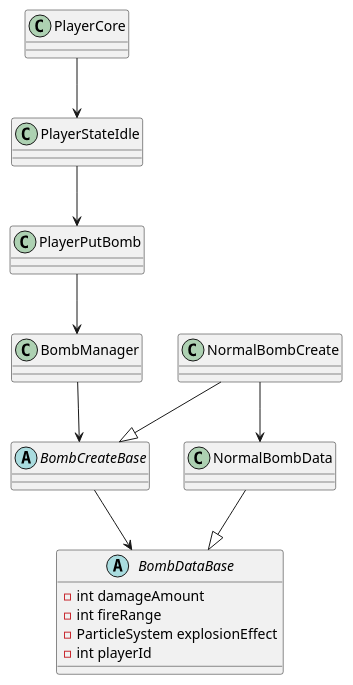
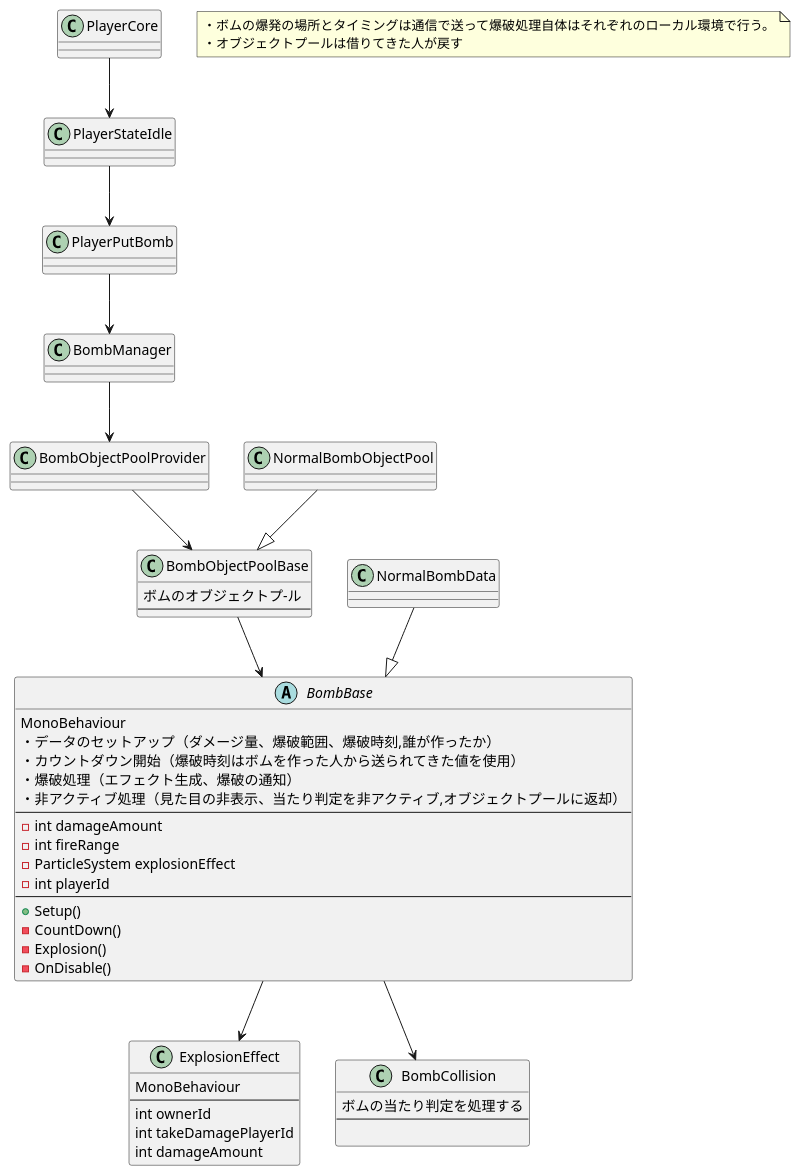
One commit to taku686/ThreeKingdomsBomaerMan2 changed the diagram in Assets/Scripts/Bomb/Bomb.puml. Above: the diagram before and after it, drawn with PlantUML. The commit also changed 7671 other files, not shown here.

```diff
--- a/Assets/Scripts/Bomb/Bomb.puml
+++ b/Assets/Scripts/Bomb/Bomb.puml
@@ -1,46 +1,87 @@
 @startuml
 PlayerCore --> PlayerStateIdle
 PlayerStateIdle --> PlayerPutBomb
-NormalBombData --|> BombDataBase
-NormalBombCreate --|> BombCreateBase
-BombCreateBase --> BombDataBase
-NormalBombCreate --> NormalBombData
-BombManager --> BombCreateBase
+NormalBombData --|> BombBase
+BombObjectPoolBase --> BombBase
+BombManager --> BombObjectPoolProvider
 PlayerPutBomb --> BombManager
+BombBase --> ExplosionEffect
+BombBase --> BombCollision
+NormalBombObjectPool --|> BombObjectPoolBase
+BombObjectPoolProvider --> BombObjectPoolBase
 class PlayerCore
 {
 
 }
 
 class PlayerStateIdle
 {
 }
 
-abstract class BombDataBase
+abstract class BombBase
 {
+MonoBehaviour
+・データのセットアップ（ダメージ量、爆破範囲、爆破時刻,誰が作ったか）
+・カウントダウン開始（爆破時刻はボムを作った人から送られてきた値を使用）
+・爆破処理（エフェクト生成、爆破の通知）
+・非アクティブ処理（見た目の非表示、当たり判定を非アクティブ,オブジェクトプールに返却）
+--
 - int damageAmount
 - int fireRange
 - ParticleSystem explosionEffect
 - int playerId
+--
++ Setup()
+- CountDown()
+- Explosion()
+- OnDisable()
 }
 
-abstract class BombCreateBase
-{
-}
-
-class NormalBombCreate
-{
-}
 
 class BombManager
 {
 }
 
 class PlayerPutBomb
 {
 }
 
 class NormalBombData
 {
 }
+
+class ExplosionEffect
+{
+MonoBehaviour
+--
+int ownerId
+int takeDamagePlayerId
+int damageAmount
+}
+
+class BombCollision
+{
+ボムの当たり判定を処理する
+--
+
+}
+
+class BombObjectPoolBase
+{
+ボムのオブジェクトプ-ル
+--
+}
+
+class NormalBombObjectPool
+{
+}
+
+class BombObjectPoolProvider
+{
+}
+
+note as memo
+・ボムの爆発の場所とタイミングは通信で送って爆破処理自体はそれぞれのローカル環境で行う。
+・オブジェクトプールは借りてきた人が戻す
+end note
 @enduml
```
